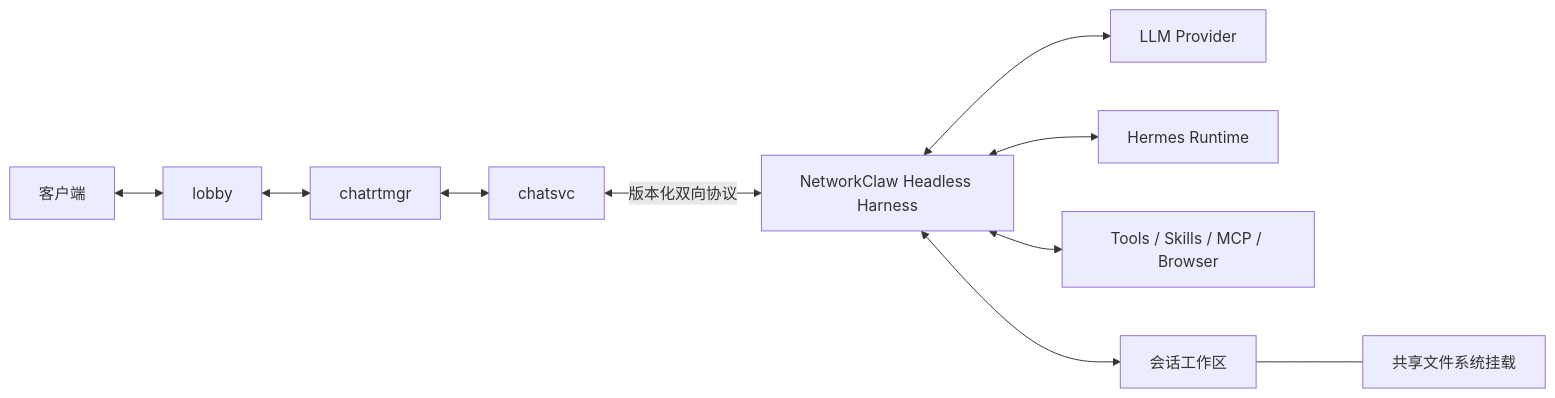
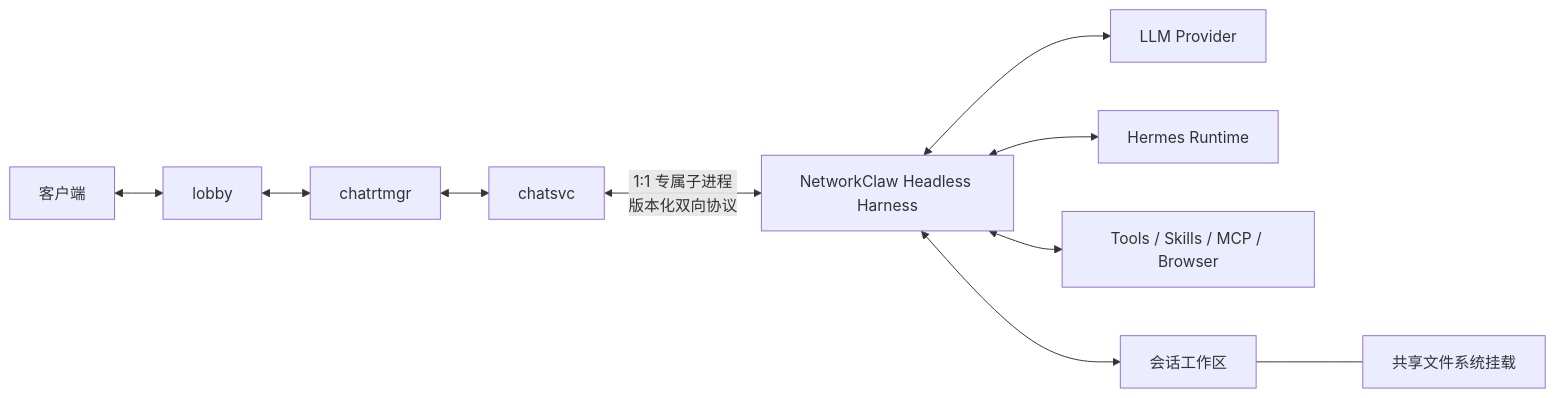
Before and after one commit to stttt2003pk/networkclaw-harness: the diagram in src/networkclaw_harness/docs/hermes-headless-harness.md, drawn with Mermaid. The commit also changed other lines of this file and 20 other files, not shown here.

````diff
--- a/src/networkclaw_harness/docs/hermes-headless-harness.md
+++ b/src/networkclaw_harness/docs/hermes-headless-harness.md
@@ -117,14 +148,14 @@
 ```mermaid
 flowchart LR
     Client[客户端] <--> Lobby[lobby]
     Lobby <--> Manager[chatrtmgr]
     Manager <--> ChatSvc[chatsvc]
-    ChatSvc <-->|版本化双向协议| Harness[NetworkClaw Headless Harness]
+    ChatSvc <-->|1:1 专属子进程<br/>版本化双向协议| Harness[NetworkClaw Headless Harness]
 
     Harness <--> Model[LLM Provider]
     Harness <--> Runtime[Hermes Runtime]
     Harness <--> Tool[Tools / Skills / MCP / Browser]
     Harness <--> Workspace[会话工作区]
 
     Workspace --- SharedFS[共享文件系统挂载]
 ```
````
